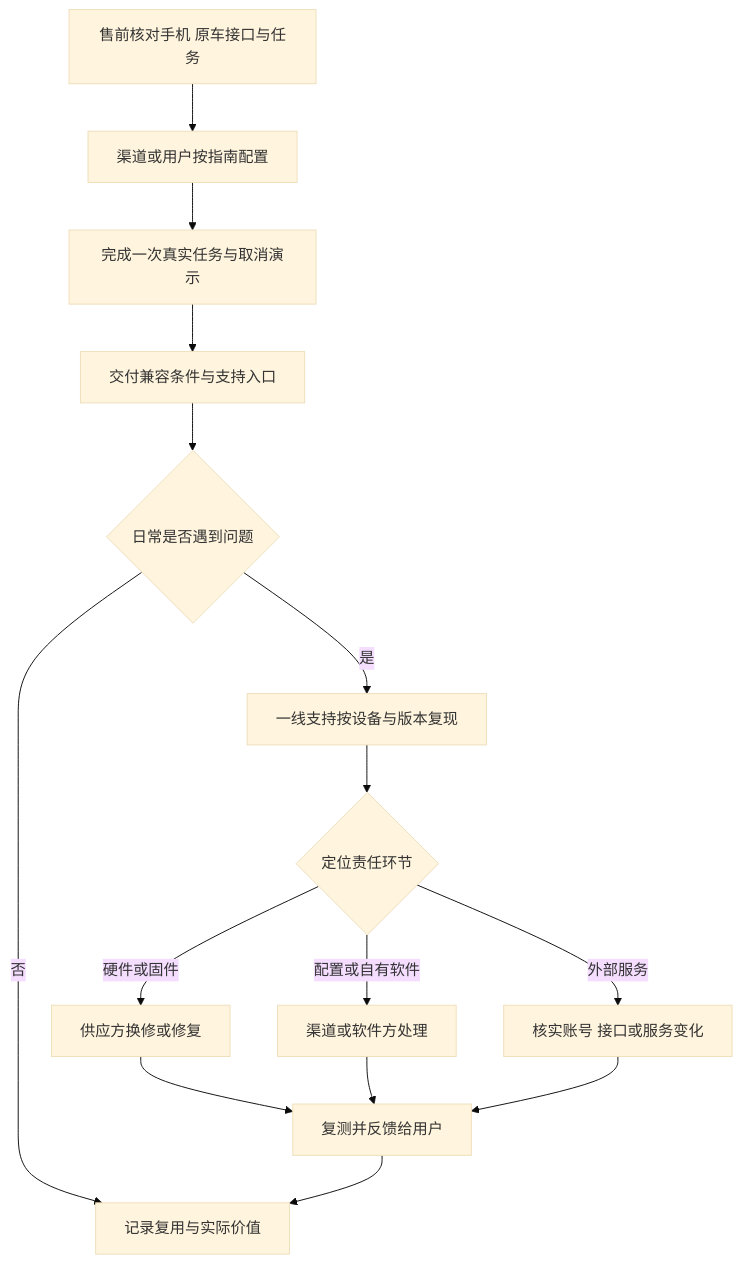
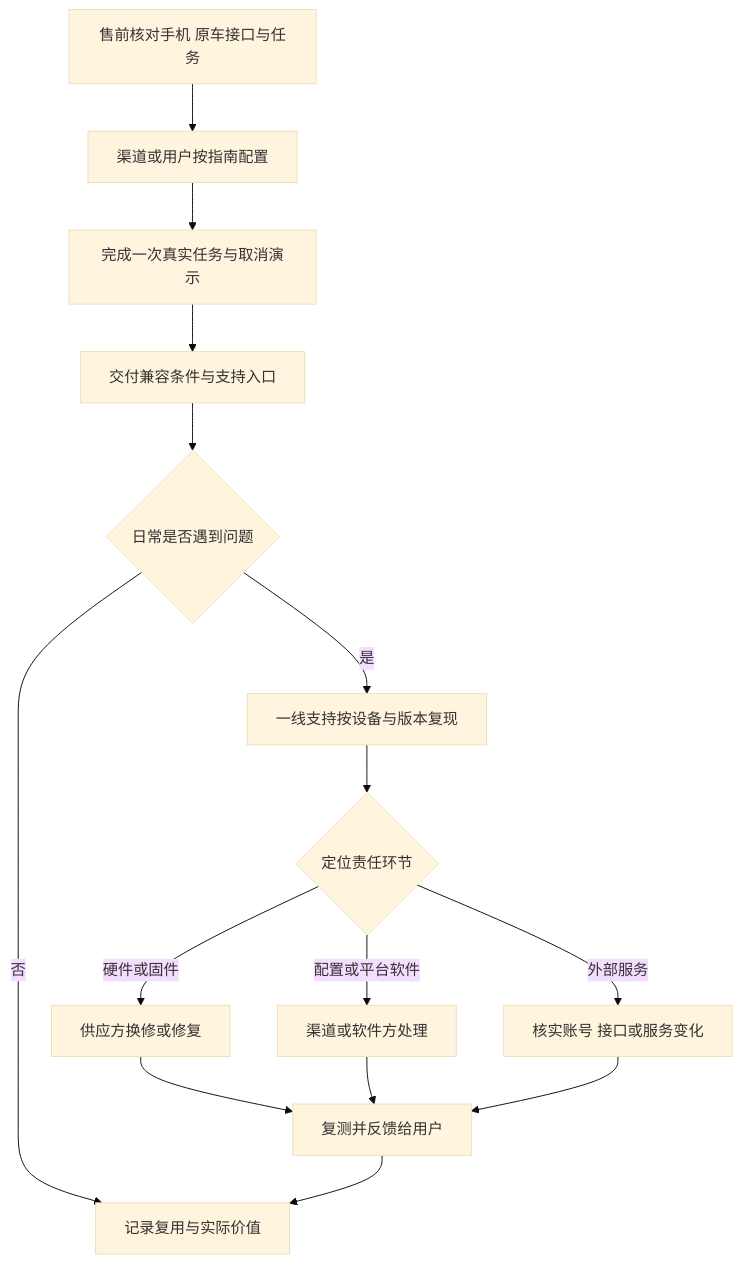
Before and after one commit to DreamSoul-AI/in-vehicle-ai-research: the eighth of 9 diagrams in content/research.md, drawn with Mermaid (base theme). The commit also changed other lines of this file and 25 other files, not shown here.

````diff
--- a/content/research.md
+++ b/content/research.md
@@ -423,18 +405,18 @@
 ```mermaid
 %% title: 配置、交付与支持责任链
 flowchart TD
   A[售前核对手机 原车接口与任务] --> B[渠道或用户按指南配置]
   B --> C[完成一次真实任务与取消演示]
   C --> D[交付兼容条件与支持入口]
   D --> E{日常是否遇到问题}
   E -->|否| F[记录复用与实际价值]
   E -->|是| G[一线支持按设备与版本复现]
   G --> H{定位责任环节}
   H -->|硬件或固件| I[供应方换修或修复]
-  H -->|配置或自有软件| J[渠道或软件方处理]
+  H -->|配置或平台软件| J[渠道或软件方处理]
   H -->|外部服务| K[核实账号 接口或服务变化]
   I --> L[复测并反馈给用户]
   J --> L
   K --> L
   L --> F
 ```
````
